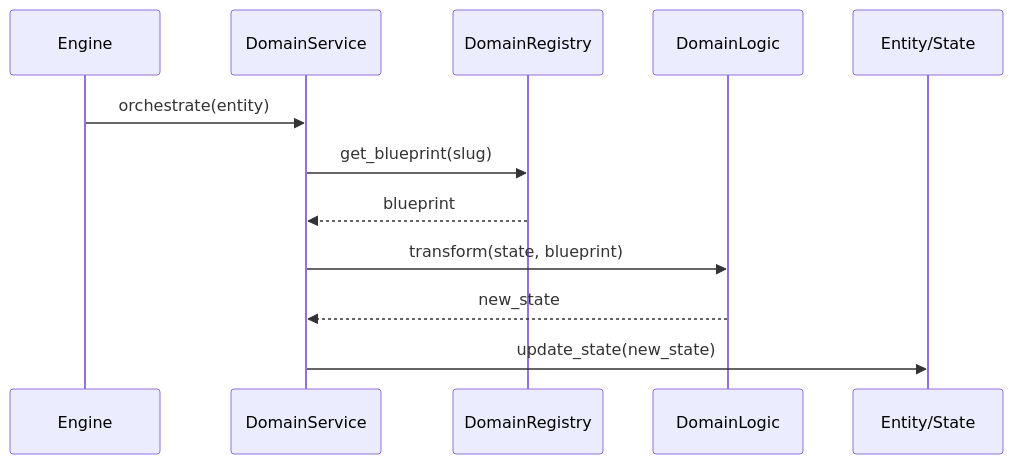
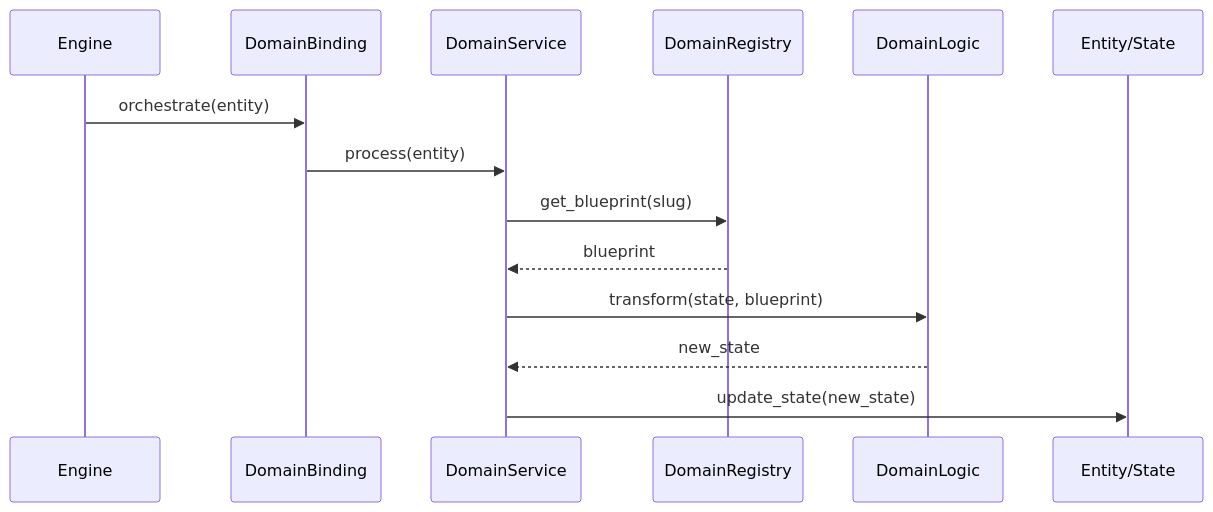
Before and after one commit to mnaatjes/oregon-trail-clone: the second of 2 diagrams in docs/explanation/engineering/domain_architecture_contract.md, drawn with Mermaid. The commit also changed other lines of this file and 3 other files, not shown here.

Commit message:
domain binding strategy

````diff
--- a/docs/explanation/engineering/domain_architecture_contract.md
+++ b/docs/explanation/engineering/domain_architecture_contract.md
@@ -108,15 +119,17 @@
 ```mermaid
 sequenceDiagram
     participant E as Engine
+    participant B as DomainBinding
     participant S as DomainService
     participant R as DomainRegistry
     participant L as DomainLogic
     participant T as Entity/State
 
-    E->>S: orchestrate(entity)
+    E->>B: orchestrate(entity)
+    B->>S: process(entity)
     S->>R: get_blueprint(slug)
     R-->>S: blueprint
     S->>L: transform(state, blueprint)
     L-->>S: new_state
     S->>T: update_state(new_state)
 ```
````
